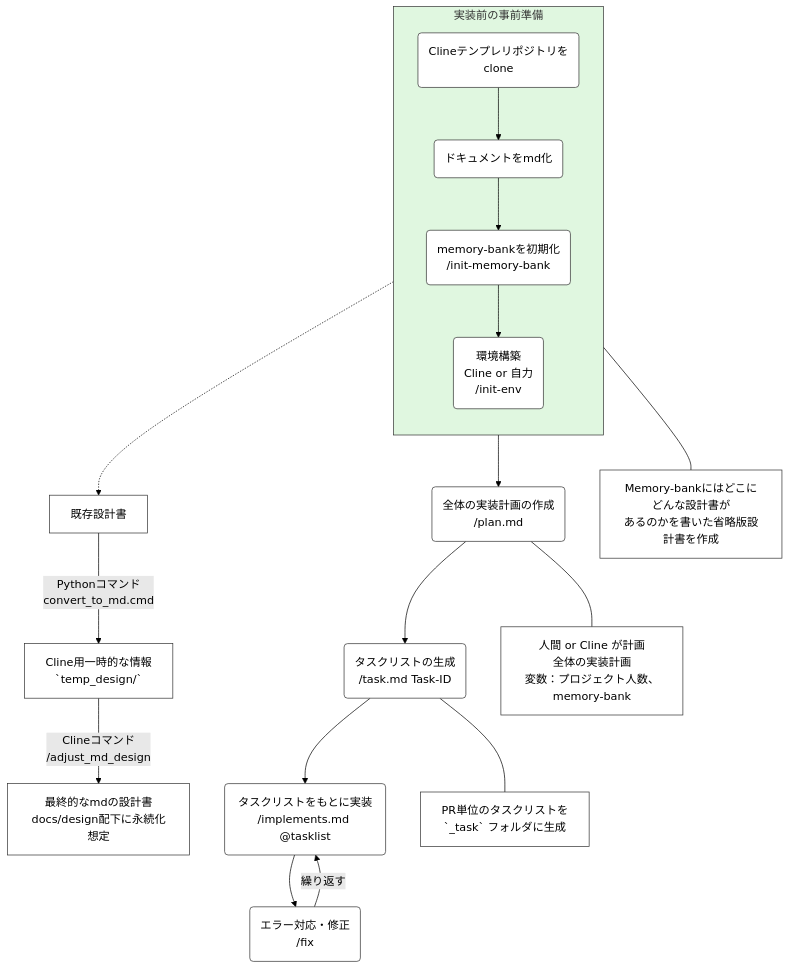
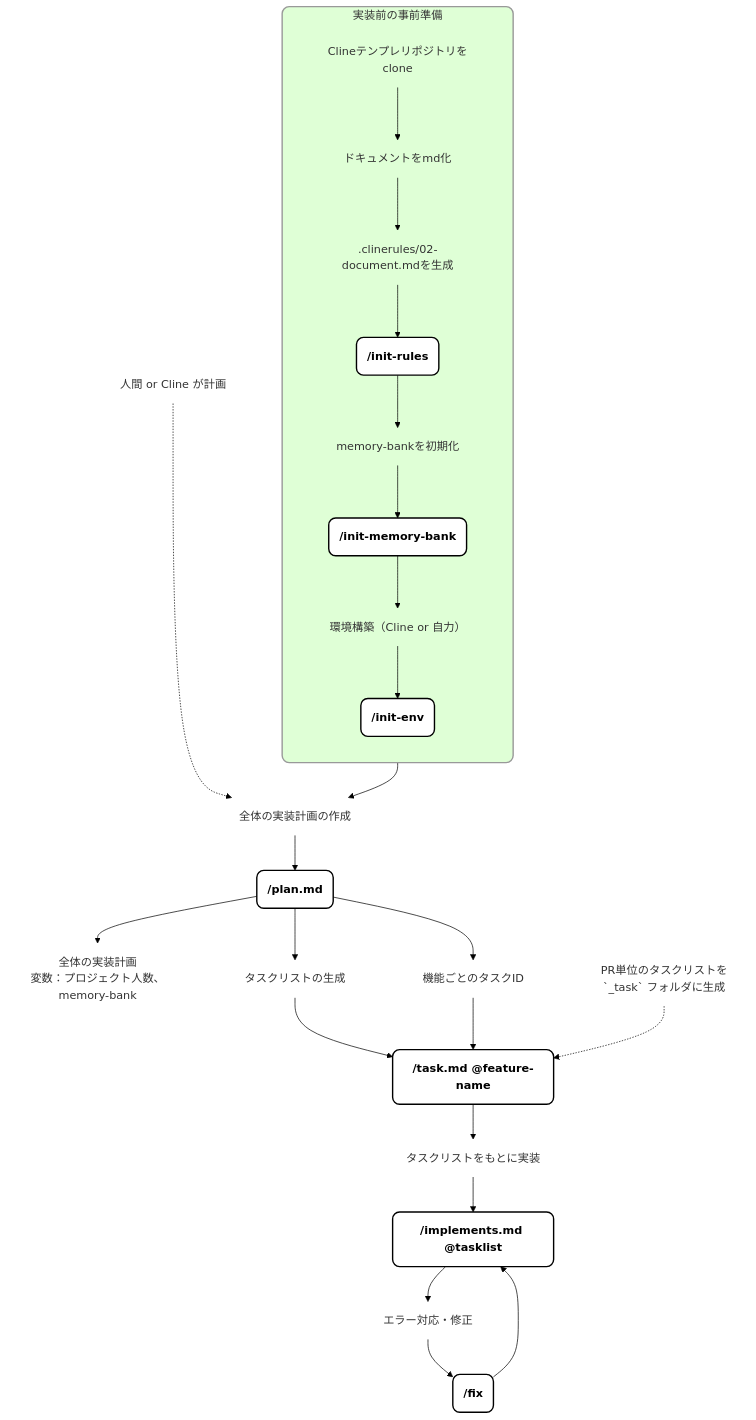
One commit to RyukaST077/ai-first-project changed the second of 2 diagrams in README.md. Above: the diagram before and after it, drawn with Mermaid (forest theme). The commit also changed other lines of this file and 1 other file, not shown here.

`````diff
--- a/README.md
+++ b/README.md
@@ -8,57 +12,51 @@
 ```mermaid
 graph TD
     %% スタイル定義
     classDef default fill:#fff,stroke:#333,stroke-width:1px;
-    classDef greenGroup fill:#e0f7e0,stroke:#333,stroke-width:1px;
-    classDef note fill:none,stroke:none;
+    classDef command fill:#fff,stroke:#000,stroke-width:2px,rx:10,ry:10,font-weight:bold;
+    classDef container fill:#dfffd6,stroke:#999,stroke-width:2px,rx:10,ry:10,color:#333;
+    classDef plain fill:none,stroke:none,color:#333;
 
-    %% 事前準備サブグラフ
+    %% --- 実装前の事前準備エリア ---
     subgraph Prep [実装前の事前準備]
         direction TB
-        Clone("Clineテンプレリポジトリをclone")
-        MD("ドキュメントをmd化")
-        InitMB("memory-bankを初期化<br>/init-memory-bank")
-        Env("環境構築<br>Cline or 自力<br>/init-env")
+        Step1[Clineテンプレリポジトリをclone]:::plain --> Step2[ドキュメントをmd化]:::plain
+        Step2 --> Step3[.clinerules/02-document.mdを生成]:::plain
+        Step3 --> Cmd1(/init-rules):::command
+        Cmd1 --> Step4[memory-bankを初期化]:::plain
+        Step4 --> Cmd2(/init-memory-bank):::command
+        Cmd2 --> Step5["環境構築（Cline or 自力）"]:::plain
+        Step5 --> Cmd3(/init-env):::command
+    end
 
-        Clone --> MD
-        MD --> InitMB
-        InitMB --> Env
-    end
-    class Prep greenGroup
+    %% --- 実装計画フェーズ ---
+    Cmd3 --> Step6[全体の実装計画の作成]:::plain
+    Step6 --> Cmd4(/plan.md):::command
 
-    %% ドキュメント変換フロー（右側）
-    Existing["既存設計書"]
-    Temp["Cline用一時的な情報<br>`temp_design/`"]
-    Final["最終的なmdの設計書<br>docs/design配下に永続化想定"]
+    %% plan.md からの分岐・注釈
+    NotePlan[人間 or Cline が計画]:::plain -.-> Step6
+    Cmd4 --> OutPlan["全体の実装計画<br>変数：プロジェクト人数、memory-bank"]:::plain
+    Cmd4 --> OutID[機能ごとのタスクID]:::plain
 
-    MD -.-> Existing
-    Existing -- "Pythonコマンド<br>convert_to_md.cmd" --> Temp
-    Temp -- "Clineコマンド<br>/adjust_md_design" --> Final
+    %% --- タスクリスト生成 ---
+    Cmd4 --> Step7[タスクリストの生成]:::plain
+    Step7 --> Cmd5("/task.md @feature-name"):::command
+    
+    %% 矢印の合流
+    OutID --> Cmd5
+    NoteTask["PR単位のタスクリストを<br>`_task` フォルダに生成"]:::plain -.-> Cmd5
 
-    %% メインフロー続き
-    Plan("全体の実装計画の作成<br>/plan.md")
-    Task("タスクリストの生成<br>/task.md Task-ID")
-    Impl("タスクリストをもとに実装<br>/implements.md @tasklist")
-    Fix("エラー対応・修正<br>/fix")
+    %% --- 実装フェーズ ---
+    Cmd5 --> Step8[タスクリストをもとに実装]:::plain
+    Step8 --> Cmd6("/implements.md @tasklist"):::command
 
-    Env --> Plan
-    Plan --> Task
-    Task --> Impl
-    Impl --> Fix
-    Fix -- "繰り返す" --> Impl
+    %% --- 修正ループ ---
+    Cmd6 --> Step9[エラー対応・修正]:::plain
+    Step9 --> Cmd7(/fix):::command
+    
+    %% ループバック
+    Cmd7 --> Cmd6
 
-    %% 注釈（右側）
-    NoteMB["Memory-bankにはどこにどんな設計書が<br>あるのかを書いた省略版設計書を作成"]
-    InitMB --- NoteMB
-
-    NotePlan["人間 or Cline が計画<br>全体の実装計画<br>変数：プロジェクト人数、memory-bank"]
-    Plan --- NotePlan
-
-    NoteTask["PR単位のタスクリストを<br>`_task` フォルダに生成"]
-    Task --- NoteTask
-
-    %% 注釈のスタイル適用
-    class NoteMB,NotePlan,NoteTask note```
-
-
-````
+    %% サブグラフのスタイル適用
+    class Prep container
+```
`````
